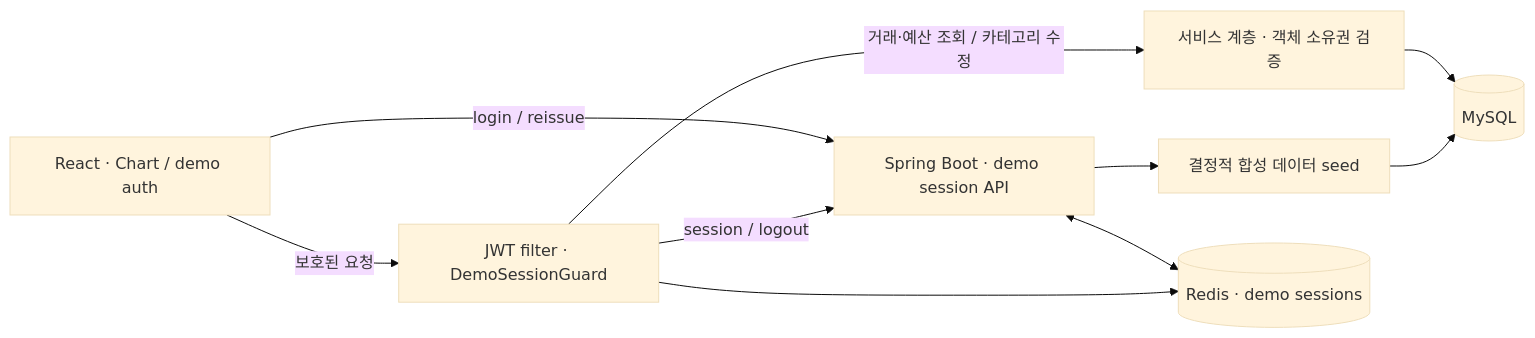
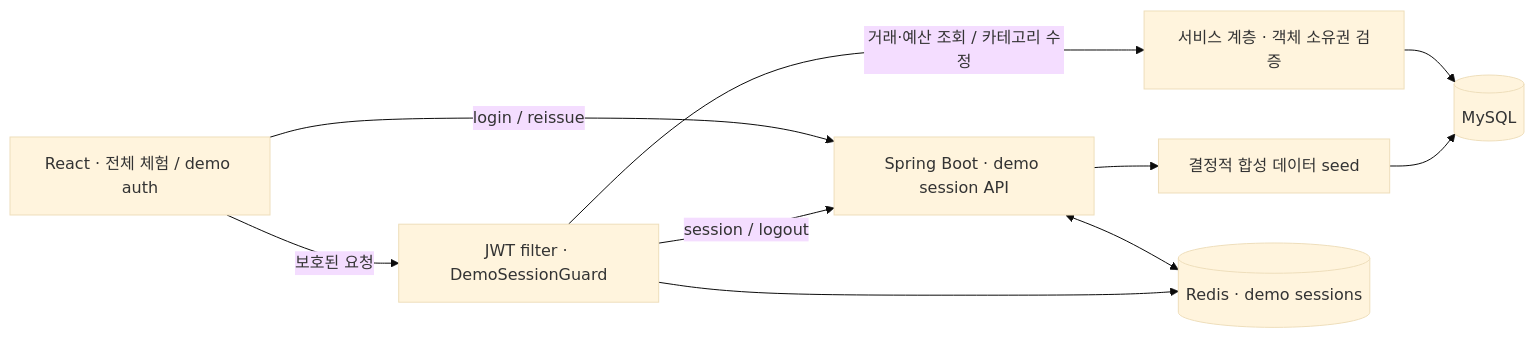
Before and after one commit to rladbstn1000/MoneyToad-Portfolio: the diagram in README.md, drawn with Mermaid (base theme). The commit also changed other lines of this file and 2 other files, not shown here.

Commit message:
docs(portfolio): publish verified full demo experience

````diff
--- a/README.md
+++ b/README.md
@@ -41,12 +44,12 @@
 ```mermaid
 flowchart LR
-    Browser["React · Chart / demo auth"] -->|"login / reissue"| Auth["Spring Boot · demo session API"]
+    Browser["React · 전체 체험 / demo auth"] -->|"login / reissue"| Auth["Spring Boot · demo session API"]
     Browser -->|"보호된 요청"| Guard["JWT filter · DemoSessionGuard"]
     Guard -->|"session / logout"| Auth
     Guard -->|"거래·예산 조회 / 카테고리 수정"| Service["서비스 계층 · 객체 소유권 검증"]
     Service --> MySQL[(MySQL)]
     Auth --> Seed["결정적 합성 데이터 seed"]
     Seed --> MySQL
     Auth <--> Redis[(Redis · demo sessions)]
     Guard --> Redis
 ```
````
